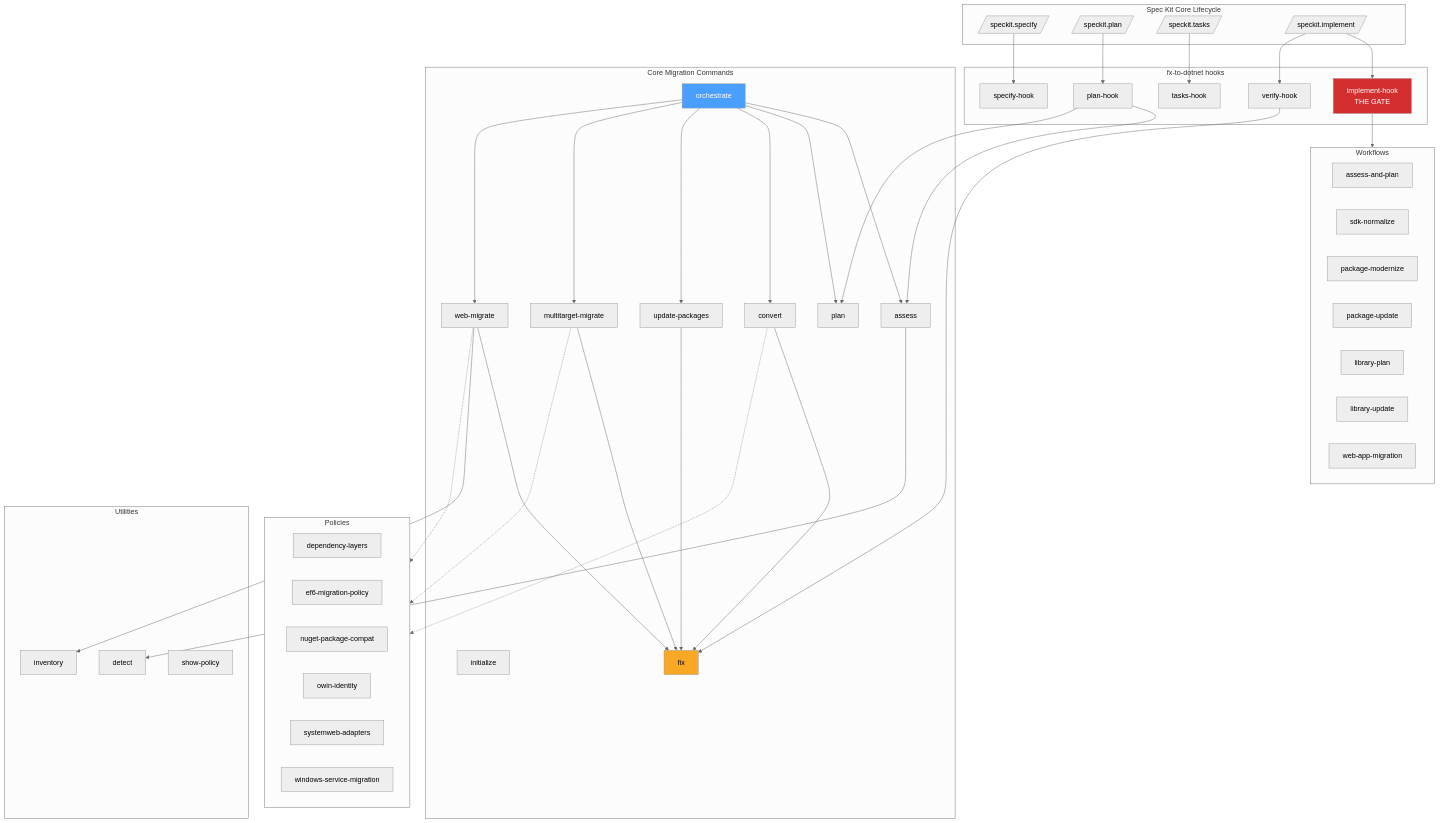
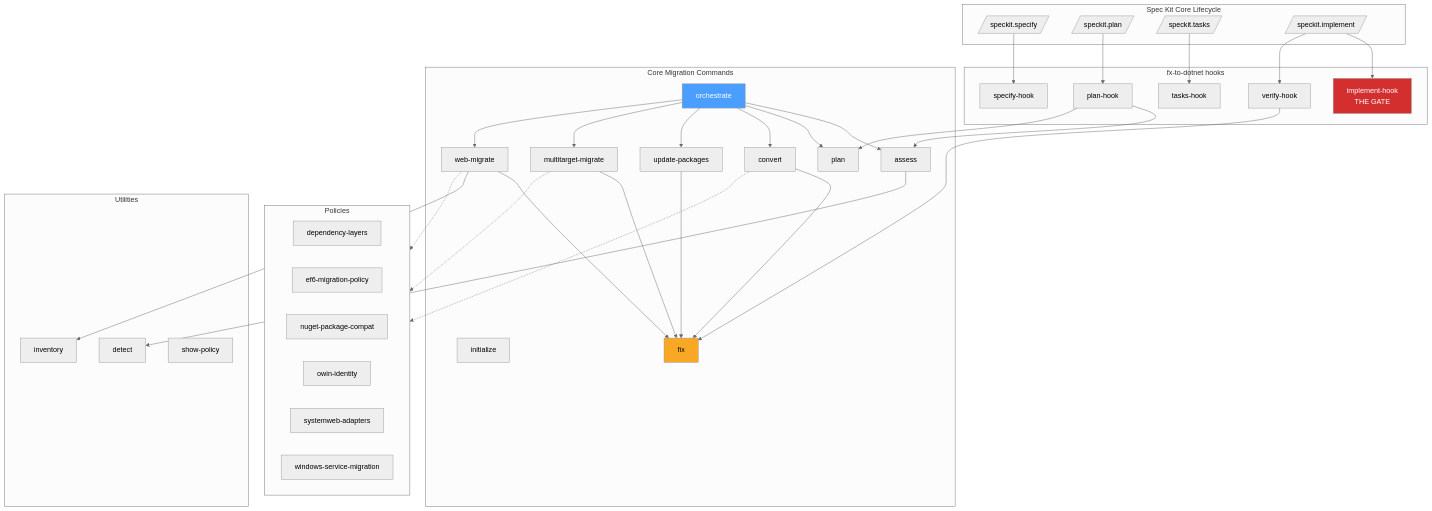
The first of 6 diagrams in fx-to-dotnet/README.md (RogerBestMsft/spec-kit-FxToNet), drawn with Mermaid (neutral theme) before and after one commit. The commit also changed other lines of this file and 23 other files, not shown here.

```diff
--- a/fx-to-dotnet/README.md
+++ b/fx-to-dotnet/README.md
@@ -44,16 +44,6 @@
         Show[show-policy]
     end
 
-    subgraph Workflows[Workflows]
-        AP[assess-and-plan]
-        SN[sdk-normalize]
-        PM[package-modernize]
-        PU[package-update]
-        LP[library-plan]
-        LU[library-update]
-        WAM[web-app-migration]
-    end
-
     subgraph Pol[Policies]
         DL[dependency-layers]
         EF6[ef6-migration-policy]
@@ -71,7 +61,6 @@
 
     H2 --> Assess
     H2 --> Plan
-    H4 --> Workflows
     H5 --> Fix
 
     Orch --> Assess
```
